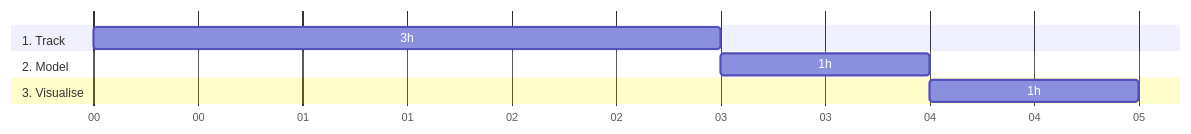
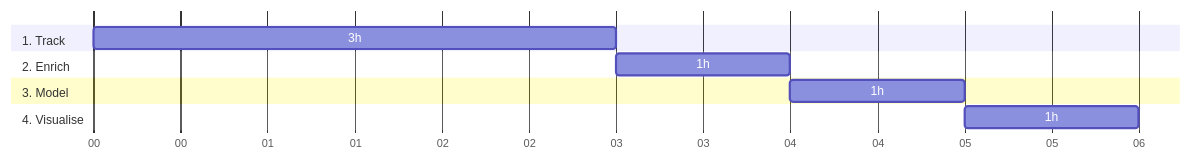
The diagram in content/_index.md (snowplow-incubator/consent-tracking-accelerator), drawn with Mermaid before and after one commit. The commit also changed other lines of this file and 5 other files, not shown here.

```diff
--- a/content/_index.md
+++ b/content/_index.md
@@ -39,12 +40,14 @@
 {{<mermaid>}}
 gantt
         dateFormat  HH-mm
         axisFormat %M
         section 1. Track
         3h          :track, 00-00, 3m
-        section 2. Model
-        1h          :model, after track, 1m
-        section 3. Visualise
+        section 2. Enrich
+        1h         :enrich, after track 00-00, 1m
+        section 3. Model
+        1h          :model, after enrich, 1m
+        section 4. Visualise
         1h          :visualise, after model, 1m
 
 {{</mermaid >}}
```
